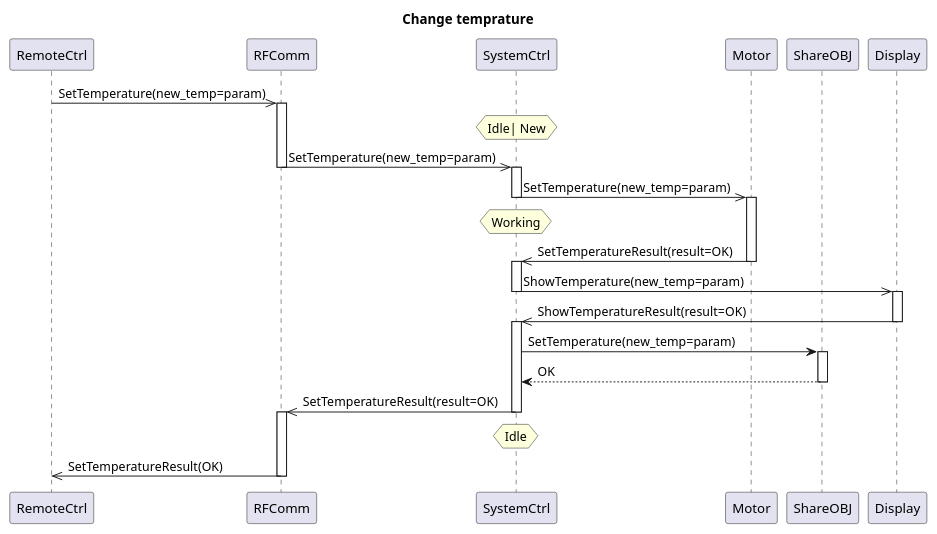
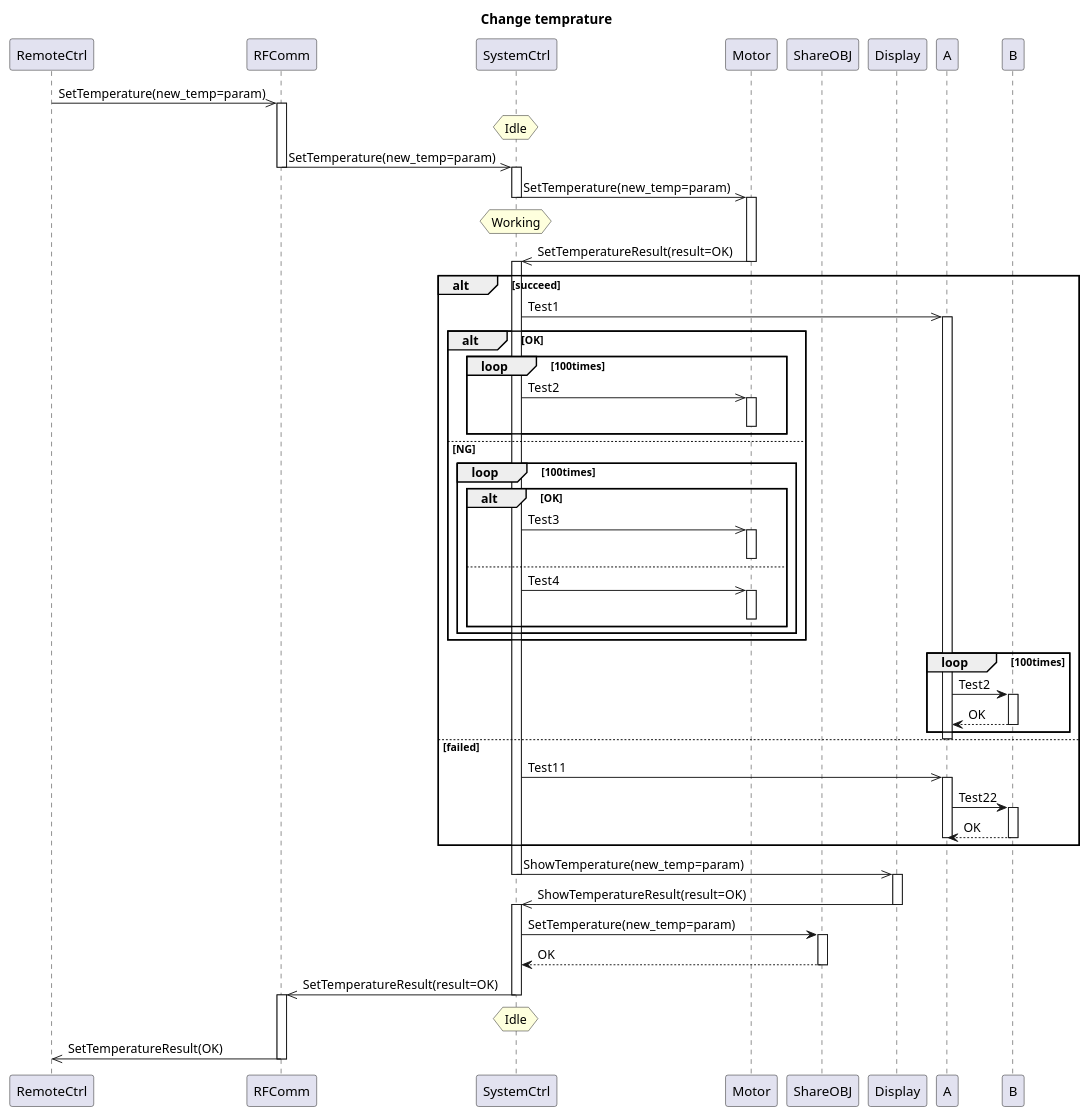
The diagram in SourceCodeGeneration/InputForSTMSourceGen/ArchDesign/ChangeTemprature.wsd (EvenTang/lywMDDToolChain), drawn with PlantUML before and after one commit. The commit also changed 5 other files, not shown here.

```diff
--- a/SourceCodeGeneration/InputForSTMSourceGen/ArchDesign/ChangeTemprature.wsd
+++ b/SourceCodeGeneration/InputForSTMSourceGen/ArchDesign/ChangeTemprature.wsd
@@ -1,46 +1,88 @@
 @startuml change_temparature
 
 title Change temprature
 
 participant RemoteCtrl
 participant RFComm
 participant SystemCtrl
 participant Motor
 participant ShareOBJ
 participant Display
 
 RemoteCtrl->>RFComm:SetTemperature(new_temp=param)
 activate RFComm
-hnote over SystemCtrl: Idle| New 
+hnote over SystemCtrl: Idle
 
 RFComm->>SystemCtrl:SetTemperature(new_temp=param)
 deactivate RFComm
 activate SystemCtrl
 SystemCtrl->>Motor:SetTemperature(new_temp=param)
 deactivate SystemCtrl
 activate Motor
 
 hnote over SystemCtrl: Working
 Motor->>SystemCtrl:SetTemperatureResult(result=OK)
 deactivate Motor
 activate SystemCtrl
+alt succeed
+SystemCtrl->>A:Test1
+activate A
+
+alt OK
+loop 100times  /'add by shiweiz begin'/
+SystemCtrl->>Motor:Test2
+activate Motor
+deactivate Motor
+end
+
+else NG
+loop 100times
+alt OK
+SystemCtrl->>Motor:Test3
+activate Motor
+deactivate Motor
+else
+SystemCtrl->>Motor:Test4
+activate Motor
+deactivate Motor
+end
+end
+end /'add by shiweiz end'/
+
+
+loop 100times
+A->B:Test2
+activate B
+B-->A:OK
+deactivate B
+end
+deactivate A
+else failed
+SystemCtrl->>A:Test11
+activate A
+A->B:Test22
+activate B
+B-->A:OK
+deactivate B
+deactivate A
+end
 SystemCtrl->>Display:ShowTemperature(new_temp=param)
 deactivate SystemCtrl
 activate Display
 
 Display->>SystemCtrl:ShowTemperatureResult(result=OK)
 deactivate Display
 activate SystemCtrl
 SystemCtrl->ShareOBJ:SetTemperature(new_temp=param)
 activate ShareOBJ
 ShareOBJ-->SystemCtrl:OK
 deactivate ShareOBJ
 
 SystemCtrl->>RFComm:SetTemperatureResult(result=OK)
 deactivate SystemCtrl
 hnote over SystemCtrl: Idle 
 activate RFComm
 RFComm->>RemoteCtrl : SetTemperatureResult(OK)
 deactivate RFComm
 
 @enduml
```
